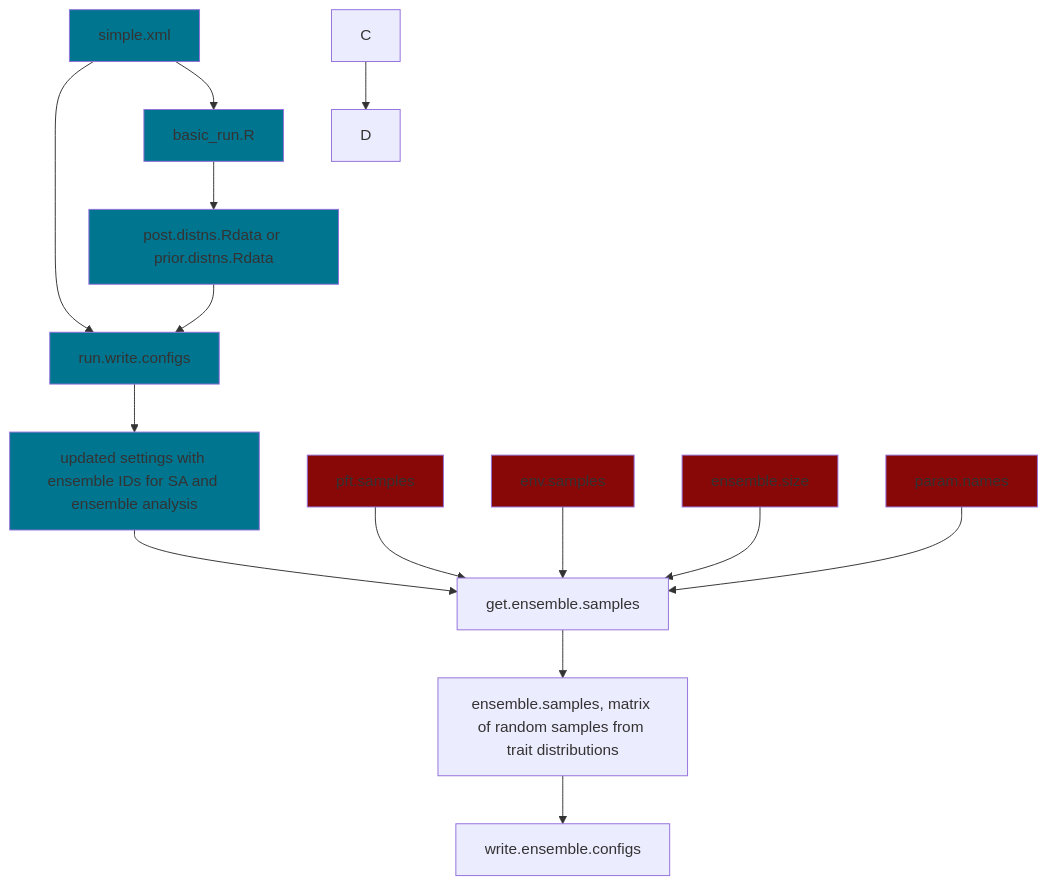
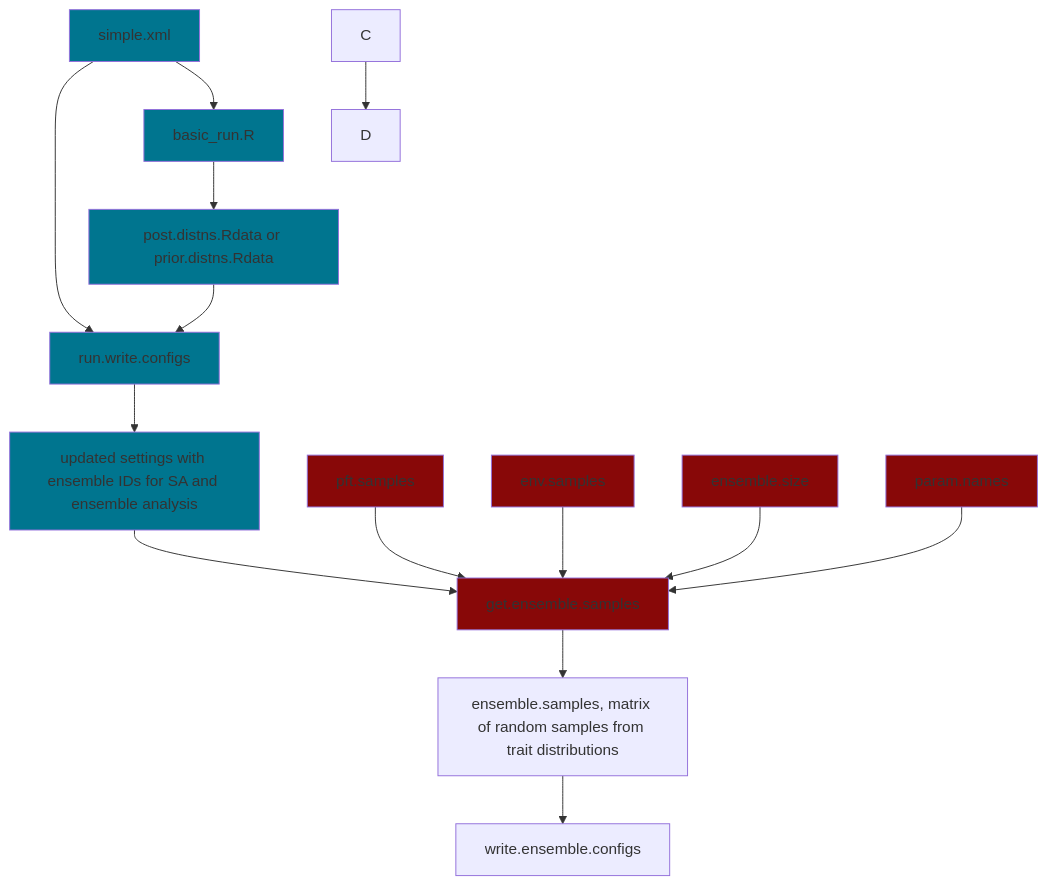
Before and after one commit to ecamo19/gsoc_project_2022_vm: the diagram in README.md, drawn with Mermaid.

````diff
--- a/README.md
+++ b/README.md
@@ -50,28 +50,29 @@
 ```mermaid
   graph TD;
       simple.xml-->run.write.configs;
       simple.xml-->basic_run.R;
       basic_run.R-->posterior.files[post.distns.Rdata or prior.distns.Rdata];
       posterior.files[post.distns.Rdata or prior.distns.Rdata]-->run.write.configs;
       run.write.configs-->output_1[updated settings with ensemble IDs for SA and ensemble analysis ];
       output_1[updated settings with ensemble IDs for SA and ensemble analysis]-->get.ensemble.samples;
       input_get_ensemble_1[pft.samples]-->get.ensemble.samples;
       input_get_ensemble_2[env.samples]-->get.ensemble.samples;
       input_get_ensemble_3[ensemble.size]-->get.ensemble.samples;
       input_get_ensemble_4[param.names]-->get.ensemble.samples;
       get.ensemble.samples--> output_get_ensemble[ensemble.samples, matrix of random samples from trait distributions];
       output_get_ensemble[ensemble.samples, matrix of random samples from trait distributions]-->write.ensemble.configs;
       C-->D;
       
       style basic_run.R fill:#00758f
       style output_1 fill:#00758f
       style run.write.configs fill:#00758f
       style simple.xml fill:#00758f
       style posterior.files fill:#00758f
       style input_get_ensemble_1 fill:#880808
       style input_get_ensemble_2 fill:#880808
       style input_get_ensemble_3 fill:#880808
       style input_get_ensemble_4 fill:#880808
+      style get.ensemble.samples fill:#880808
             
       
 ```
````
